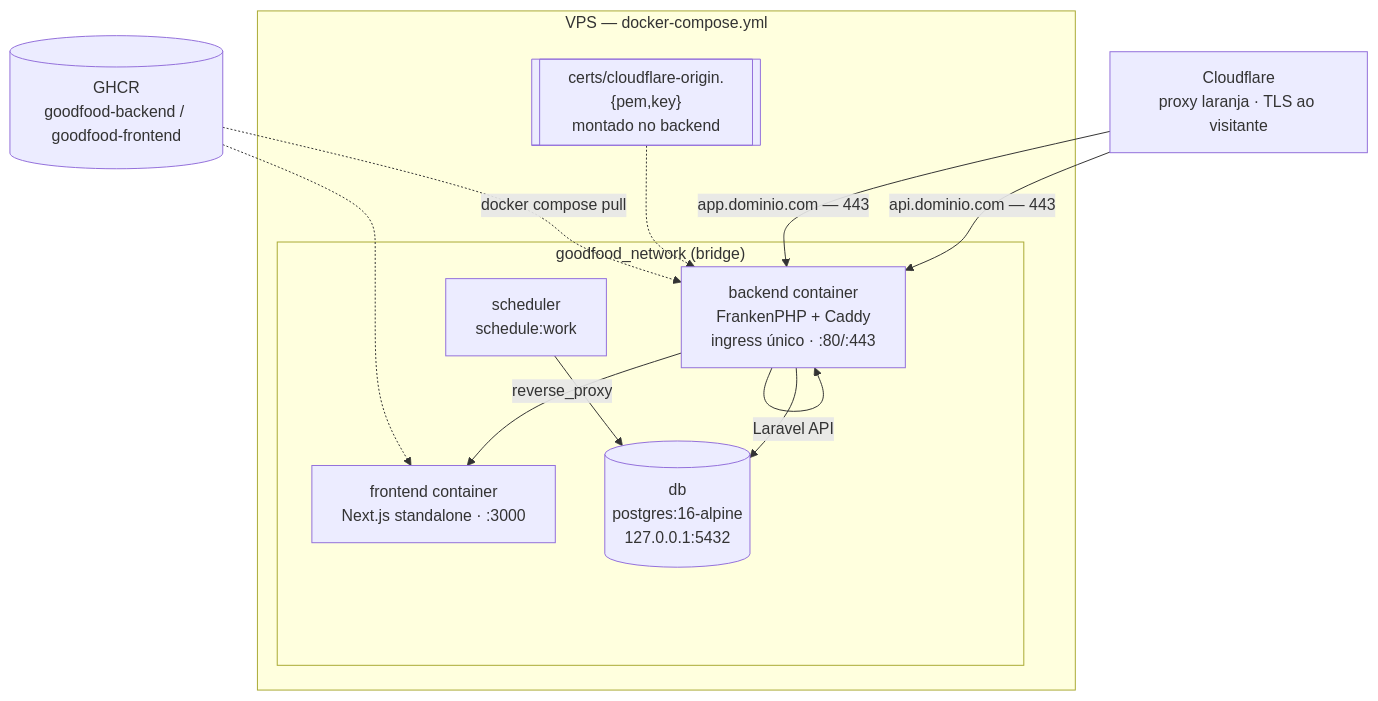
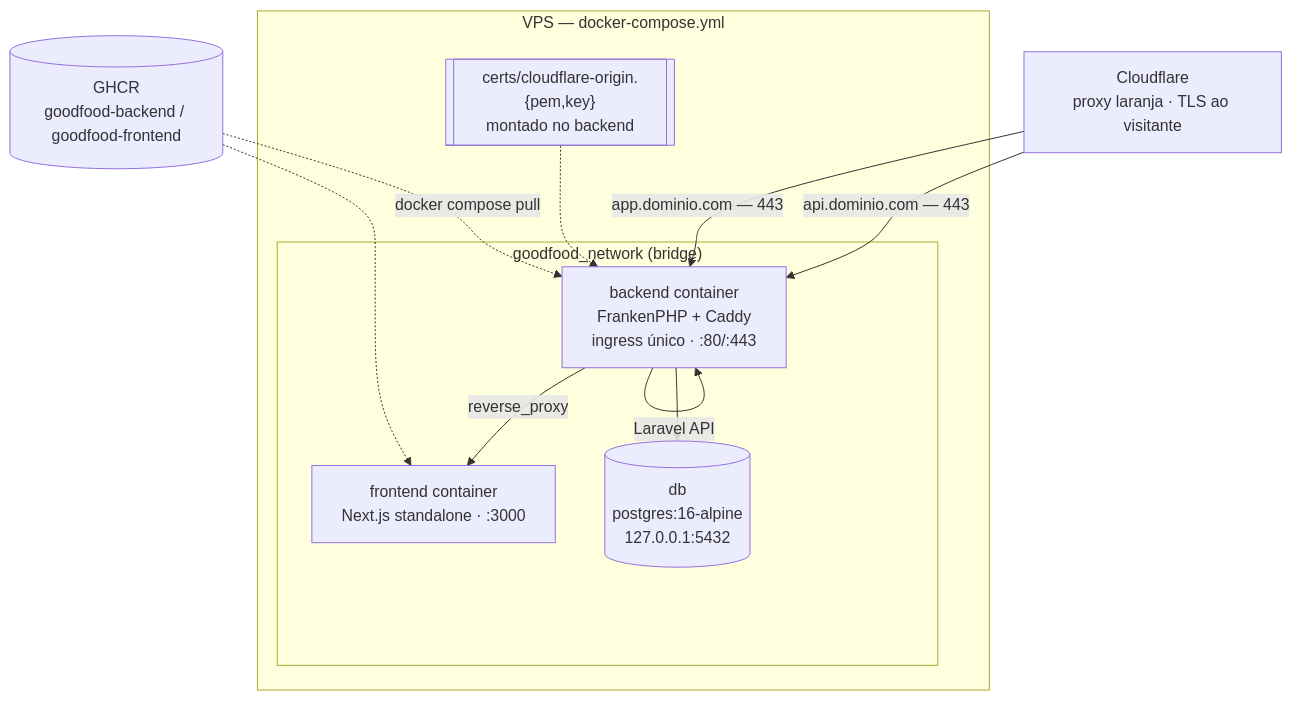
The third of 4 diagrams in docs/arquitetura.md (matheussesso/goodfood), drawn with Mermaid before and after one commit. The commit also changed other lines of this file and 6 other files, not shown here.

Commit message:
feat: update API documentation for pet documents, recipes, and system architecture; remove scheduler references

````diff
--- a/docs/arquitetura.md
+++ b/docs/arquitetura.md
@@ -151,25 +146,23 @@
 ```mermaid
 flowchart TB
     CF["Cloudflare<br/>proxy laranja · TLS ao visitante"]
 
     subgraph vps["VPS — docker-compose.yml"]
         subgraph netp["goodfood_network (bridge)"]
             BEC["backend container<br/>FrankenPHP + Caddy<br/>ingress único · :80/:443"]
             FEC["frontend container<br/>Next.js standalone · :3000"]
             DBC[("db<br/>postgres:16-alpine<br/>127.0.0.1:5432")]
-            SCHC["scheduler<br/>schedule:work"]
         end
         CERT[["certs/cloudflare-origin.{pem,key}<br/>montado no backend"]]
     end
 
     CF -->|"api.dominio.com — 443"| BEC
     CF -->|"app.dominio.com — 443"| BEC
     BEC -->|"Laravel API"| BEC
     BEC -->|"reverse_proxy"| FEC
     BEC --> DBC
-    SCHC --> DBC
     CERT -.-> BEC
 
     GHCR[("GHCR<br/>goodfood-backend / goodfood-frontend")] -.->|"docker compose pull"| BEC
     GHCR -.-> FEC
 ```
````
